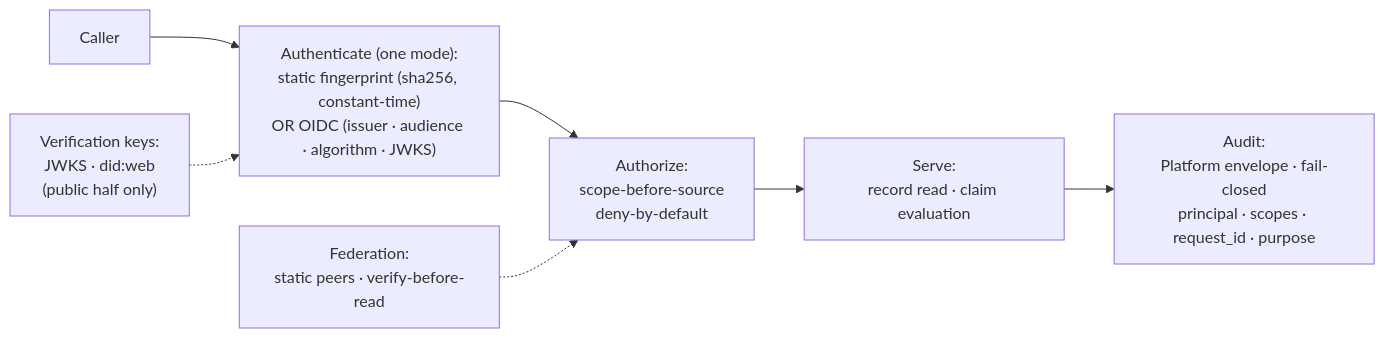
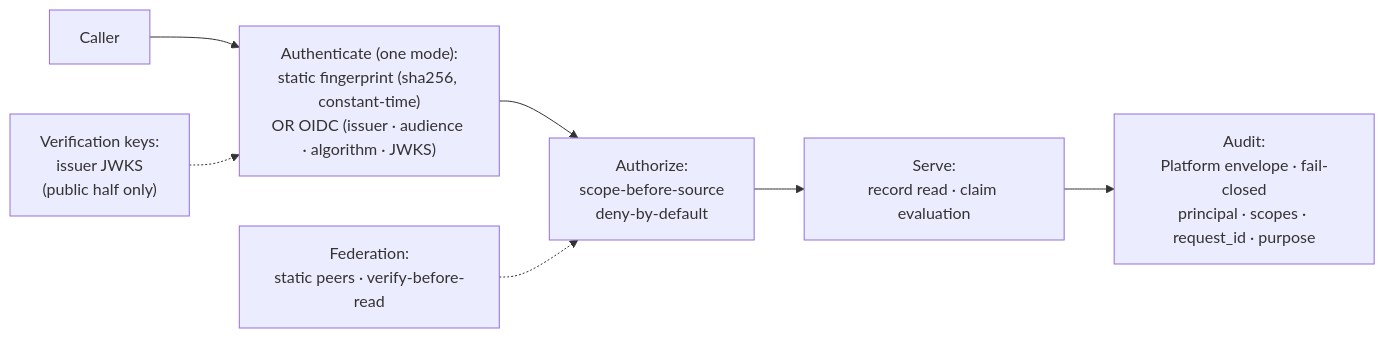
The diagram in docs/site/src/content/docs/spec/rs-sec-g.mdx (registrystack/registry-stack), drawn with Mermaid before and after one commit. The commit also changed other lines of this file and 20 other files, not shown here.

````diff
--- a/docs/site/src/content/docs/spec/rs-sec-g.mdx
+++ b/docs/site/src/content/docs/spec/rs-sec-g.mdx
@@ -73,11 +73,11 @@
 ```mermaid
 flowchart LR
     caller["Caller"]
     authn["Authenticate (one mode):<br/>static fingerprint (sha256, constant-time)<br/>OR OIDC (issuer · audience · algorithm · JWKS)"]
     authz["Authorize:<br/>scope-before-source<br/>deny-by-default"]
     serve["Serve:<br/>record read · claim evaluation"]
     audit["Audit:<br/>Platform envelope · fail-closed<br/>principal · scopes · request_id · purpose"]
     caller --> authn --> authz --> serve --> audit
-    keys["Verification keys:<br/>JWKS · did:web<br/>(public half only)"] -.-> authn
+    keys["Verification keys:<br/>issuer JWKS<br/>(public half only)"] -.-> authn
     peers["Federation:<br/>static peers · verify-before-read"] -.-> authz
 ```
````
